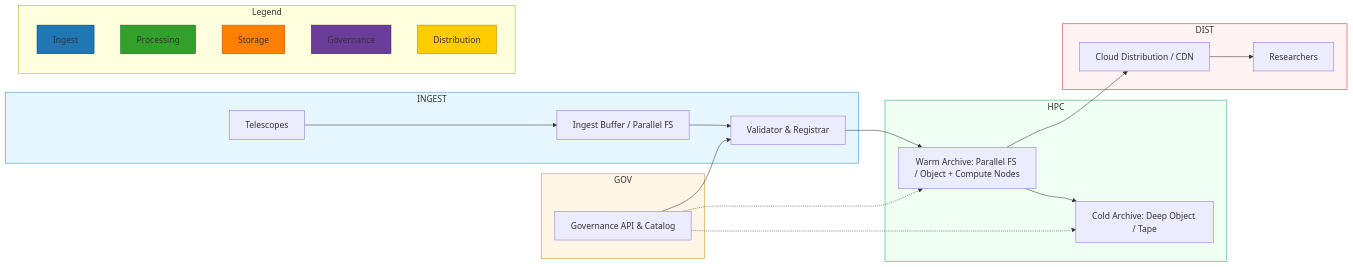
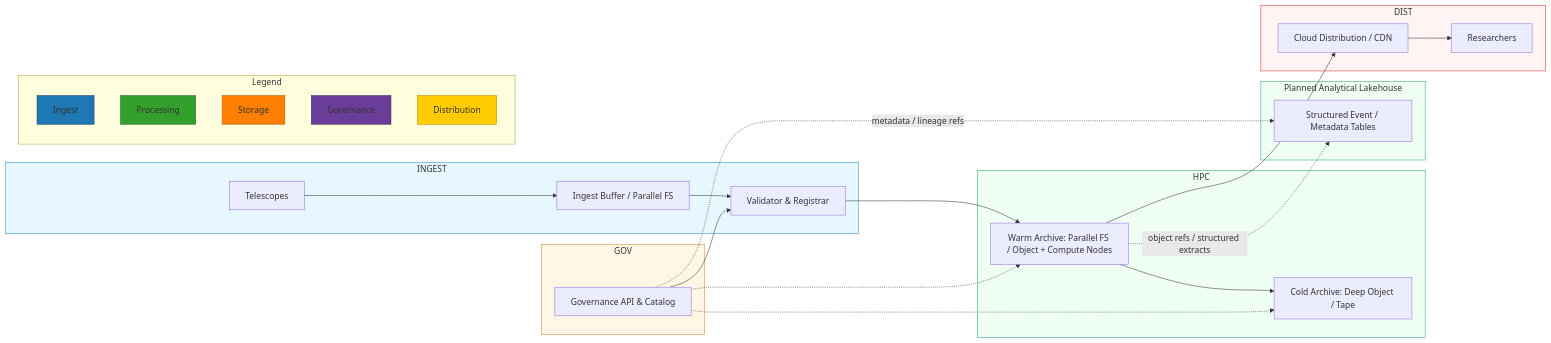
Before and after one commit to JeffreySanford/phase-2-cosmic: the diagram in documentation/storage/STORAGE_ARCHITECTURE.md, drawn with Mermaid. The commit also changed other lines of this file and 119 other files, not shown here.

````diff
--- a/documentation/storage/STORAGE_ARCHITECTURE.md
+++ b/documentation/storage/STORAGE_ARCHITECTURE.md
@@ -13,47 +13,54 @@
 ```mermaid
 flowchart LR
   subgraph INGEST
     A[Telescopes]
     B[Ingest Buffer / Parallel FS]
     A --> B
     B --> C[Validator & Registrar]
   end
 
   subgraph HPC
     C --> D[Warm Archive: Parallel FS / Object + Compute Nodes]
     D --> E[Cold Archive: Deep Object / Tape]
   end
 
   subgraph GOV
     G[Governance API & Catalog]
     G -.-> D
     G -.-> E
     G --> C
   end
 
+  subgraph LAKE[Planned Analytical Lakehouse]
+    L[Structured Event / Metadata Tables]
+    D -. object refs / structured extracts .-> L
+    G -. metadata / lineage refs .-> L
+  end
+
   subgraph DIST
     F[Cloud Distribution / CDN]
     D --> F
     F --> U[Researchers]
   end
 
   style INGEST fill:#e6f7ff,stroke:#2b8bd6
   style HPC fill:#f0fff4,stroke:#20a86a
   style GOV fill:#fff6e6,stroke:#d18b2b
+  style LAKE fill:#f0fff4,stroke:#20a86a
   style DIST fill:#fff3f3,stroke:#d12b2b
   %% Legend
   subgraph Legend[Legend]
     L_ingest[Ingest]
     L_processing[Processing]
     L_storage[Storage]
     L_gov[Governance]
     L_dist[Distribution]
   end
 
   style L_ingest fill:#1f78b4,stroke:#0b3a66
   style L_processing fill:#33a02c,stroke:#1b5e20
   style L_storage fill:#ff7f00,stroke:#b35400
   style L_gov fill:#6a3d9a,stroke:#3b1f4d
   style L_dist fill:#ffcc00,stroke:#b88600
 
 ```
````
